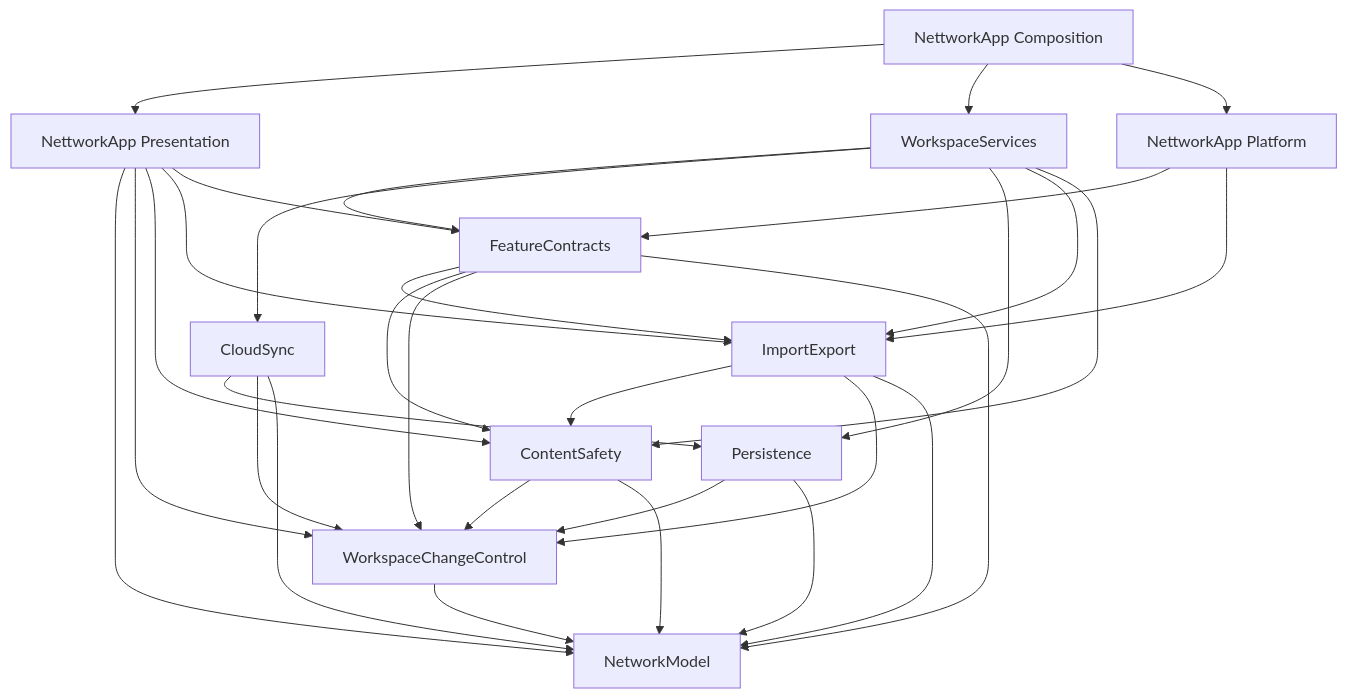
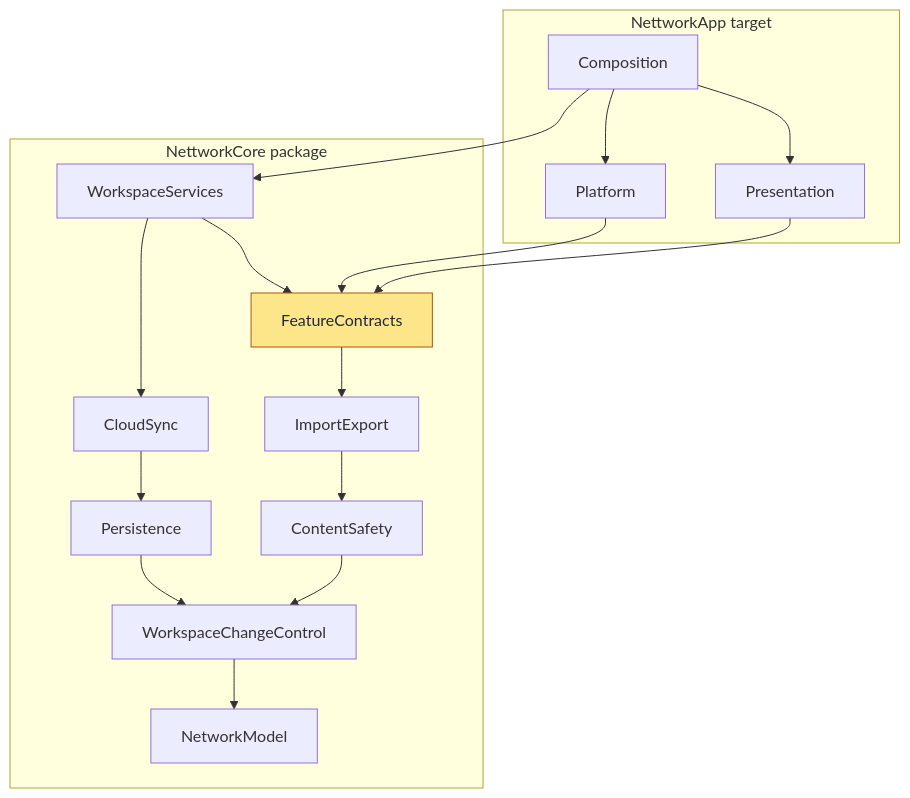
Before and after one commit to sebastianspicker/nettwork-infrastructure: the second of 6 diagrams in docs/ARCHITECTURE.md, drawn with Mermaid. The commit also changed other lines of this file and 2 other files, not shown here.

First line of the commit message:
Document how the app runs with traced diagrams

````diff
--- a/docs/ARCHITECTURE.md
+++ b/docs/ARCHITECTURE.md
@@ -37,34 +68,33 @@
 ```mermaid
 flowchart TD
-    WCC[WorkspaceChangeControl] --> Model[NetworkModel]
+    subgraph appTarget [NettworkApp target]
+        Composition
+        Presentation
+        AppPlatform[Platform]
+    end
+    subgraph core [NettworkCore package]
+        Services[WorkspaceServices]
+        Contracts[FeatureContracts]
+        CloudSync
+        Persistence
+        ImportExport
+        ContentSafety
+        WCC[WorkspaceChangeControl]
+        Model[NetworkModel]
+    end
+    Composition --> Presentation
+    Composition --> AppPlatform
+    Composition --> Services
+    Presentation --> Contracts
+    AppPlatform --> Contracts
+    Services --> Contracts
+    Services --> CloudSync
+    Contracts --> ImportExport
+    ImportExport --> ContentSafety
+    CloudSync --> Persistence
     Persistence --> WCC
-    Persistence --> Model
-    CloudSync --> Persistence
-    CloudSync --> WCC
-    CloudSync --> Model
     ContentSafety --> WCC
-    ContentSafety --> Model
-    ImportExport --> ContentSafety
-    ImportExport --> WCC
-    ImportExport --> Model
-    Contracts[FeatureContracts] --> ImportExport
-    Contracts --> ContentSafety
-    Contracts --> WCC
-    Contracts --> Model
-    Services[WorkspaceServices] --> Contracts
-    Services --> CloudSync
-    Services --> Persistence
-    Services --> ImportExport
-    Services --> ContentSafety
-
-    Presentation[NettworkApp Presentation] --> Model
-    Presentation --> WCC
-    Presentation --> ContentSafety
-    Presentation --> ImportExport
-    Presentation --> Contracts
-    Composition[NettworkApp Composition] --> Presentation
-    Composition --> Services
-    Composition --> AppPlatform[NettworkApp Platform]
-    AppPlatform --> Contracts
-    AppPlatform --> ImportExport
+    WCC --> Model
+    classDef focus fill:#fde68a,stroke:#b45309,color:#1f2937
+    class Contracts focus
 ```
````
